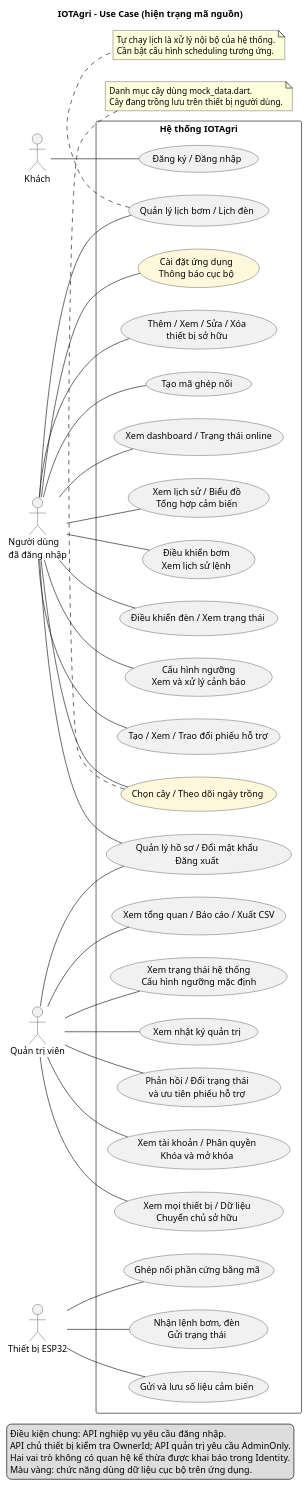
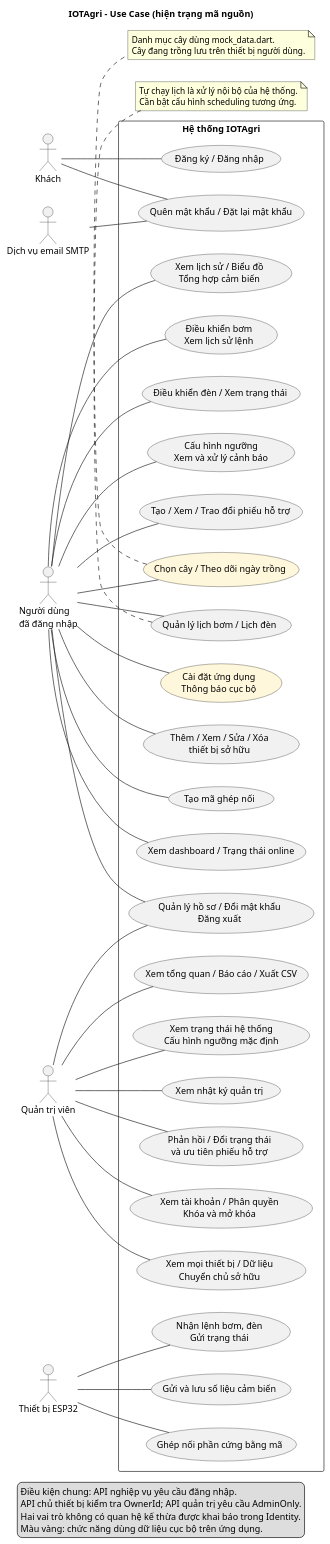
Before and after one commit to huuanh1411/IOTAgri: the diagram in docs/diagrams/use-case.puml, drawn with PlantUML. The commit also changed 19 other files, not shown here.

Commit message:
docs: align SRS, use cases and ERD with current source

```diff
--- a/docs/diagrams/use-case.puml
+++ b/docs/diagrams/use-case.puml
@@ -1,72 +1,76 @@
 @startuml
 left to right direction
 skinparam packageStyle rectangle
 skinparam shadowing false
 title IOTAgri - Use Case (hiện trạng mã nguồn)
 actor "Khách" as Guest
 actor "Người dùng\nđã đăng nhập" as User
 actor "Quản trị viên" as Admin
 actor "Thiết bị ESP32" as ESP
+actor "Dịch vụ email SMTP" as SMTP
 
 rectangle "Hệ thống IOTAgri" {
   usecase "Đăng ký / Đăng nhập" as Auth
+  usecase "Quên mật khẩu / Đặt lại mật khẩu" as Recovery
   usecase "Quản lý hồ sơ / Đổi mật khẩu\nĐăng xuất" as Profile
   usecase "Thêm / Xem / Sửa / Xóa\nthiết bị sở hữu" as Devices
   usecase "Tạo mã ghép nối" as Provision
   usecase "Ghép nối phần cứng bằng mã" as Claim
   usecase "Xem dashboard / Trạng thái online" as Monitor
   usecase "Xem lịch sử / Biểu đồ\nTổng hợp cảm biến" as History
   usecase "Điều khiển bơm\nXem lịch sử lệnh" as Pump
   usecase "Điều khiển đèn / Xem trạng thái" as Light
   usecase "Quản lý lịch bơm / Lịch đèn" as Schedule
   usecase "Cấu hình ngưỡng\nXem và xử lý cảnh báo" as Alerts
   usecase "Tạo / Xem / Trao đổi phiếu hỗ trợ" as Tickets
   usecase "Chọn cây / Theo dõi ngày trồng" as Plants #FFF7DB
   usecase "Cài đặt ứng dụng\nThông báo cục bộ" as Preferences #FFF7DB
   usecase "Xem tài khoản / Phân quyền\nKhóa và mở khóa" as Accounts
   usecase "Xem mọi thiết bị / Dữ liệu\nChuyển chủ sở hữu" as Fleet
   usecase "Xem tổng quan / Báo cáo / Xuất CSV" as Reports
   usecase "Xem trạng thái hệ thống\nCấu hình ngưỡng mặc định" as System
   usecase "Xem nhật ký quản trị" as Audit
   usecase "Phản hồi / Đổi trạng thái\nvà ưu tiên phiếu hỗ trợ" as Support
   usecase "Gửi và lưu số liệu cảm biến" as Telemetry
   usecase "Nhận lệnh bơm, đèn\nGửi trạng thái" as Actuate
 }
 Guest -- Auth
+Guest -- Recovery
+SMTP -- Recovery
 User -- Profile
 User -- Devices
 User -- Provision
 User -- Monitor
 User -- History
 User -- Pump
 User -- Light
 User -- Schedule
 User -- Alerts
 User -- Tickets
 User -- Plants
 User -- Preferences
 Admin -- Profile
 Admin -- Accounts
 Admin -- Fleet
 Admin -- Reports
 Admin -- System
 Admin -- Audit
 Admin -- Support
 ESP -- Claim
 ESP -- Telemetry
 ESP -- Actuate
 note bottom of Plants
   Danh mục cây dùng mock_data.dart.
   Cây đang trồng lưu trên thiết bị người dùng.
 end note
 note bottom of Schedule
   Tự chạy lịch là xử lý nội bộ của hệ thống.
   Cần bật cấu hình scheduling tương ứng.
 end note
 legend bottom
   Điều kiện chung: API nghiệp vụ yêu cầu đăng nhập.
   API chủ thiết bị kiểm tra OwnerId; API quản trị yêu cầu AdminOnly.
   Hai vai trò không có quan hệ kế thừa được khai báo trong Identity.
   Màu vàng: chức năng dùng dữ liệu cục bộ trên ứng dụng.
 endlegend
 @enduml
```
